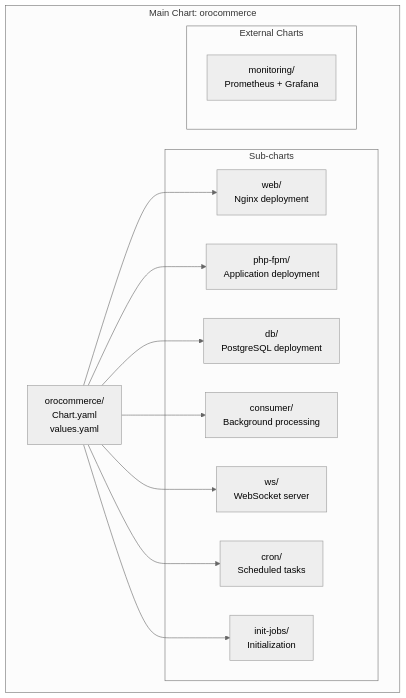
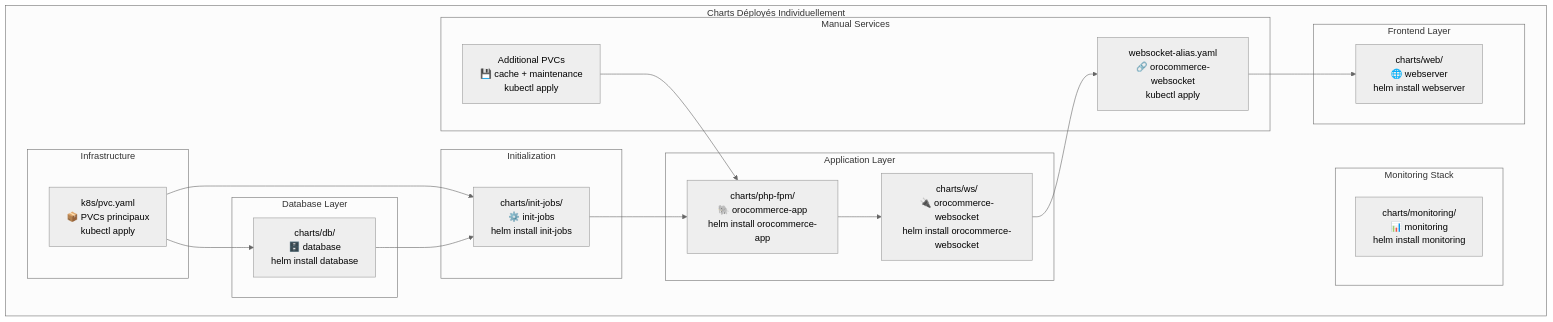
The fifth of 11 diagrams in docs/architecture.md (Jerem-14/k8s-orocommerce), drawn with Mermaid (neutral theme) before and after one commit. The commit also changed other lines of this file and 4 other files, not shown here.

````diff
--- a/docs/architecture.md
+++ b/docs/architecture.md
@@ -176,28 +172,43 @@
 ```mermaid
 graph TD
-    subgraph "Main Chart: orocommerce"
-        main_chart[orocommerce/<br/>Chart.yaml<br/>values.yaml]
-        
-        subgraph "Sub-charts"
-            web_chart[web/<br/>Nginx deployment]
-            phpfpm_chart[php-fpm/<br/>Application deployment]
-            db_chart[db/<br/>PostgreSQL deployment]
-            consumer_chart[consumer/<br/>Background processing]
-            ws_chart[ws/<br/>WebSocket server]
-            cron_chart[cron/<br/>Scheduled tasks]
-            init_chart[init-jobs/<br/>Initialization]
+    subgraph "Charts Déployés Individuellement"
+        subgraph "Infrastructure"
+            pvc_k8s[k8s/pvc.yaml<br/>📦 PVCs principaux<br/>kubectl apply]
         end
         
-        subgraph "External Charts"
-            monitoring_chart[monitoring/<br/>Prometheus + Grafana]
+        subgraph "Database Layer"
+            db_chart[charts/db/<br/>🗄️ database<br/>helm install database]
+        end
+        
+        subgraph "Initialization"
+            init_chart[charts/init-jobs/<br/>⚙️ init-jobs<br/>helm install init-jobs]
+        end
+        
+        subgraph "Application Layer"
+            phpfpm_chart[charts/php-fpm/<br/>🐘 orocommerce-app<br/>helm install orocommerce-app]
+            ws_chart[charts/ws/<br/>🔌 orocommerce-websocket<br/>helm install orocommerce-websocket]
+        end
+        
+        subgraph "Frontend Layer"
+            web_chart[charts/web/<br/>🌐 webserver<br/>helm install webserver]
+        end
+        
+        subgraph "Monitoring Stack"
+            monitoring_chart[charts/monitoring/<br/>📊 monitoring<br/>helm install monitoring]
+        end
+        
+        subgraph "Manual Services"
+            websocket_alias[websocket-alias.yaml<br/>🔗 orocommerce-websocket<br/>kubectl apply]
+            manual_pvcs[Additional PVCs<br/>💾 cache + maintenance<br/>kubectl apply]
         end
     end
     
-    main_chart --> web_chart
-    main_chart --> phpfpm_chart
-    main_chart --> db_chart
-    main_chart --> consumer_chart
-    main_chart --> ws_chart
-    main_chart --> cron_chart
-    main_chart --> init_chart
+    pvc_k8s --> db_chart
+    pvc_k8s --> init_chart
+    db_chart --> init_chart
+    init_chart --> phpfpm_chart
+    phpfpm_chart --> ws_chart
+    ws_chart --> websocket_alias
+    websocket_alias --> web_chart
+    manual_pvcs --> phpfpm_chart
 ```
````
